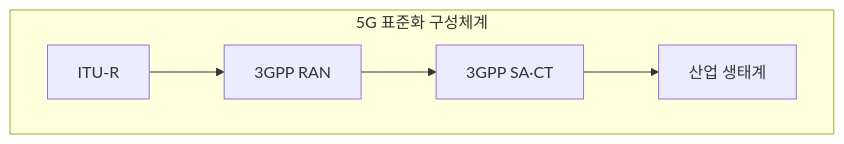
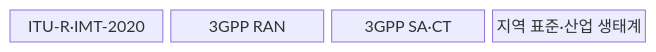
One commit to agnusdei1207/knowledge-base changed the first of 2 diagrams in src/content/docs/notes/07-law-policy/043_5g_international_standards.md. Above: the diagram before and after it, drawn with Mermaid. The commit also changed other lines of this file and 5 other files, not shown here.

````diff
--- a/src/content/docs/notes/07-law-policy/043_5g_international_standards.md
+++ b/src/content/docs/notes/07-law-policy/043_5g_international_standards.md
@@ -52,8 +52,8 @@
 ```mermaid
-flowchart TD
-    subgraph FGS[5G 표준화 구성체계]
-        I[ITU-R] --> R[3GPP RAN]
-        R --> C[3GPP SA·CT]
-        C --> M[산업 생태계]
-    end
+block-beta
+    columns 4
+    I["ITU-R·IMT-2020"]
+    R["3GPP RAN"]
+    C["3GPP SA·CT"]
+    M["지역 표준·산업 생태계"]
 ```
````
